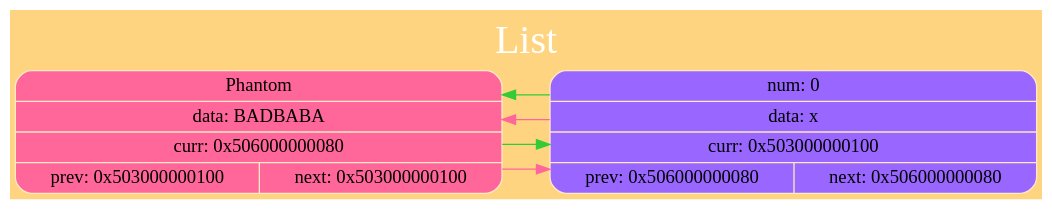
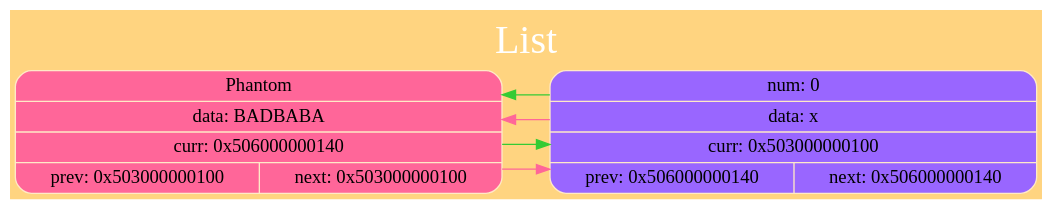
One commit to kand1bober/OOSD-Language changed the diagram in StringList/dump/ListGraph.dot. Above: the diagram before and after it, drawn with Graphviz. The commit also changed 10 other files, not shown here.

```diff
--- a/StringList/dump/ListGraph.dot
+++ b/StringList/dump/ListGraph.dot
@@ -1,19 +1,19 @@
 digraph G
 {
 label="List";
  labelloc="t";
  fontsize=30
  fontname="Verdana";
  fontcolor="#FFFFFF"
 
 rankdir=LR; splines=ortho; size="200,300"; bgcolor="#ffd480";
-{ node_0x506000000080 [shape = record; style="rounded, filled", fillcolor="#ff6699", color="#FFE9C7", label=" { Phantom } | { data: BADBABA } | { curr: 0x506000000080 } | { { prev: 0x503000000100 } | { next: 0x503000000100 } }  "] 
+{ node_0x506000000140 [shape = record; style="rounded, filled", fillcolor="#ff6699", color="#FFE9C7", label=" { Phantom } | { data: BADBABA } | { curr: 0x506000000140 } | { { prev: 0x503000000100 } | { next: 0x503000000100 } }  "] 
 }
-node_0x503000000100 [shape = record; style="rounded, filled", fillcolor="#9966FF", color="#FFE9C7", label=" { num: 0 } | { data: x } | { curr: 0x503000000100 } | { { prev: 0x506000000080 } | { next: 0x506000000080 } }  "] 
+node_0x503000000100 [shape = record; style="rounded, filled", fillcolor="#9966FF", color="#FFE9C7", label=" { num: 0 } | { data: x } | { curr: 0x503000000100 } | { { prev: 0x506000000140 } | { next: 0x506000000140 } }  "] 
 
-node_0x506000000080 -> node_0x503000000100 [color ="#ff6699"];
-node_0x506000000080 -> node_0x503000000100 [color ="#34cb34"];
-node_0x503000000100 -> node_0x506000000080 [color ="#ff6699"];
-node_0x503000000100 -> node_0x506000000080 [color ="#34cb34"];
+node_0x506000000140 -> node_0x503000000100 [color ="#ff6699"];
+node_0x506000000140 -> node_0x503000000100 [color ="#34cb34"];
+node_0x503000000100 -> node_0x506000000140 [color ="#ff6699"];
+node_0x503000000100 -> node_0x506000000140 [color ="#34cb34"];
 
 }
```
